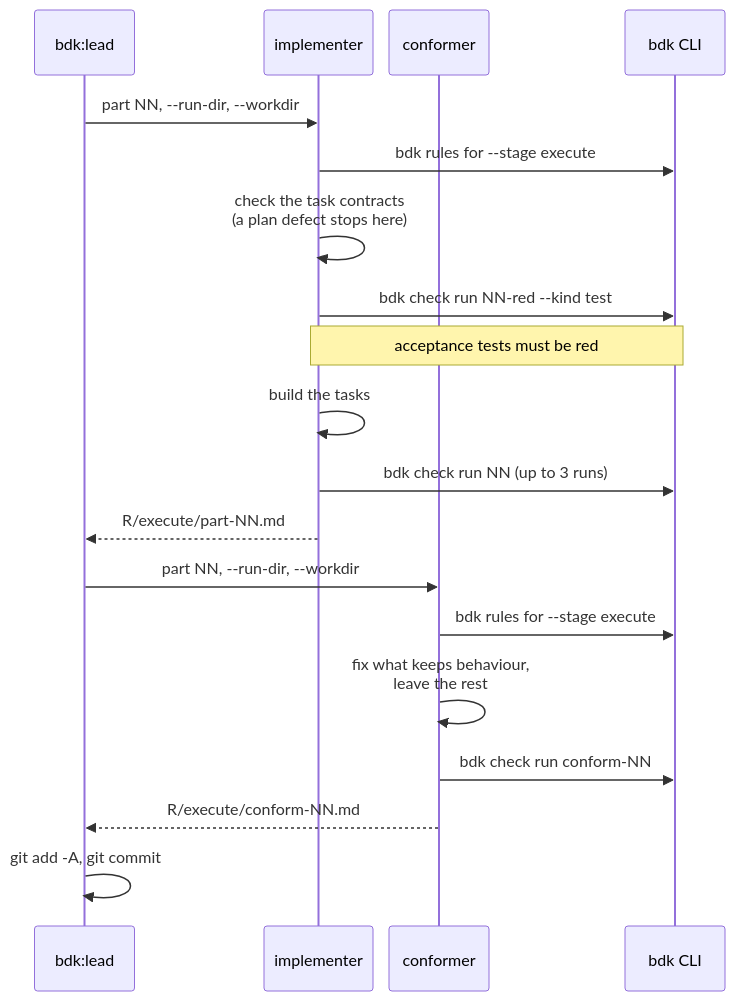
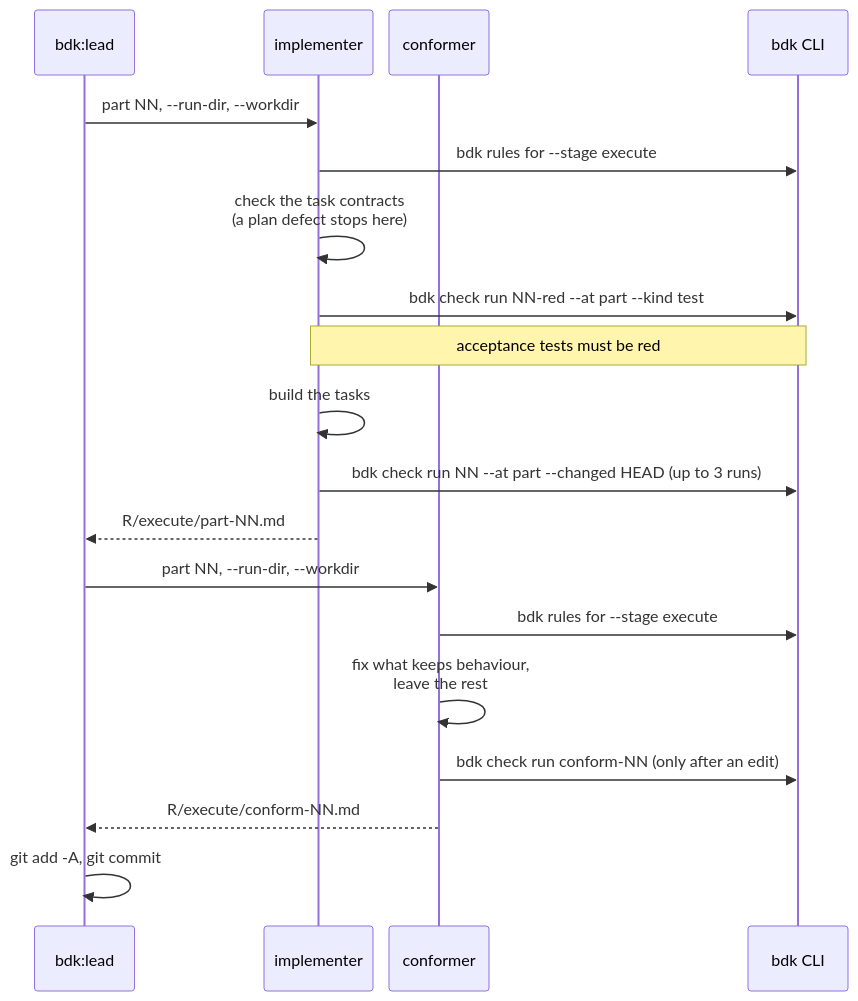
One commit to broneq/bdk changed the ninth of 15 diagrams in docs/concepts/orchestrators.md. Above: the diagram before and after it, drawn with Mermaid. The commit also changed other lines of this file and 119 other files, not shown here.

First line of the commit message:
feat(bdk)!: run checks at part, wave and review points

````diff
--- a/docs/concepts/orchestrators.md
+++ b/docs/concepts/orchestrators.md
@@ -176,22 +177,22 @@
 ```mermaid
 %%{init: {"sequence": {"actorMargin": 16, "width": 100}}}%%
 sequenceDiagram
   participant L as bdk:lead
   participant I as implementer
   participant F as conformer
   participant B as bdk CLI
   L->>I: part NN, --run-dir, --workdir
   I->>B: bdk rules for --stage execute
   I->>I: check the task contracts<br/>(a plan defect stops here)
-  I->>B: bdk check run NN-red --kind test
+  I->>B: bdk check run NN-red --at part --kind test
   Note over I,B: acceptance tests must be red
   I->>I: build the tasks
-  I->>B: bdk check run NN (up to 3 runs)
+  I->>B: bdk check run NN --at part --changed HEAD (up to 3 runs)
   I-->>L: R/execute/part-NN.md
   L->>F: part NN, --run-dir, --workdir
   F->>B: bdk rules for --stage execute
   F->>F: fix what keeps behaviour,<br/>leave the rest
-  F->>B: bdk check run conform-NN
+  F->>B: bdk check run conform-NN (only after an edit)
   F-->>L: R/execute/conform-NN.md
   L->>L: git add -A, git commit
 ```
````
